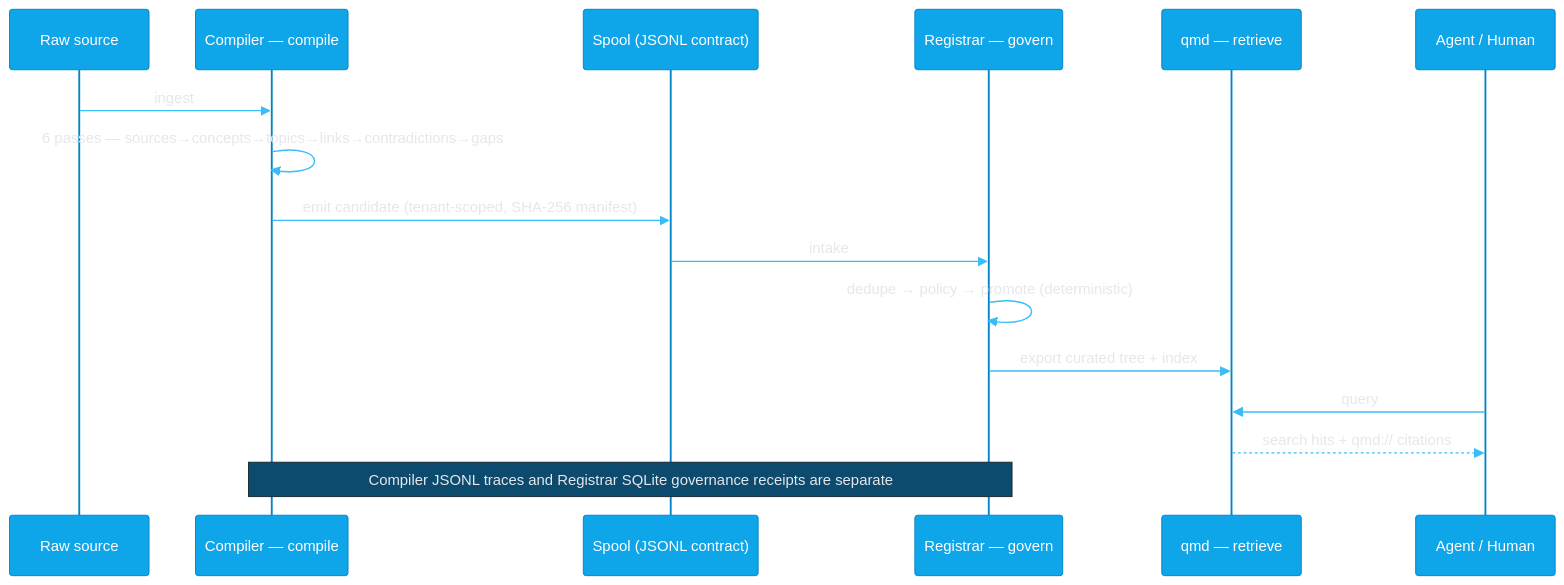
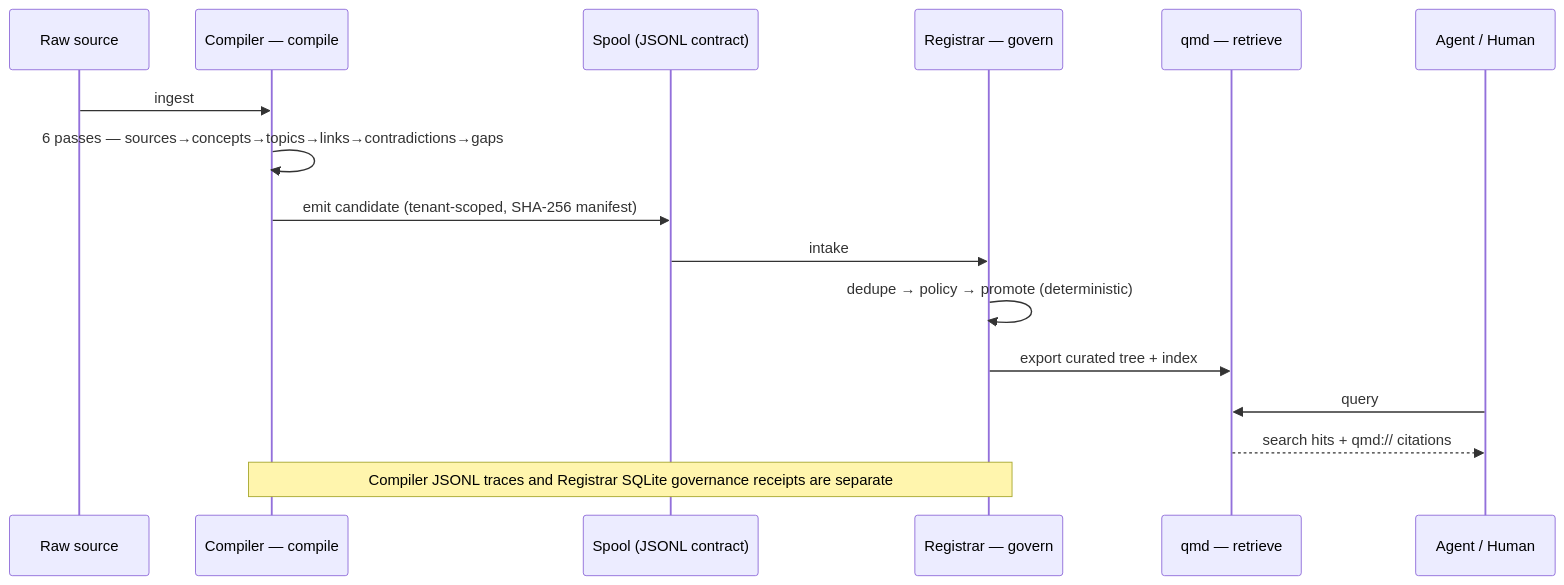
The second of 3 diagrams in README.md (intent-solutions-io/bobs-big-brain-umbrella), drawn with Mermaid before and after one commit.

Commit message:
docs(diagram): use native sequence colors for readable labels
GitHub light-mode rendering exposed pale sequence labels on white.
Remove the fixed sequence palette so the renderer chooses its native theme.
Nine local docs/model gates pass again, including six Mermaid renders.
Refs: compile-then-govern-eqw.6.1

````diff
--- a/README.md
+++ b/README.md
@@ -109,24 +109,19 @@
 ```mermaid
-%%{init: {'theme':'base','themeVariables':{
-  'primaryColor':'#0ea5e9','primaryBorderColor':'#0284c7','primaryTextColor':'#ffffff',
-  'lineColor':'#38bdf8','signalColor':'#38bdf8','signalTextColor':'#e5e7eb',
-  'actorBkg':'#0ea5e9','actorBorder':'#0284c7','actorTextColor':'#ffffff',
-  'noteBkgColor':'#0c4a6e','noteTextColor':'#e5e7eb'}}}%%
 sequenceDiagram
     participant S as Raw source
     participant ICO as Compiler — compile
     participant SP as Spool (JSONL contract)
     participant KB as Registrar — govern
     participant Q as qmd — retrieve
     participant A as Agent / Human
 
     S->>ICO: ingest
     ICO->>ICO: 6 passes — sources→concepts→topics→links→contradictions→gaps
     ICO->>SP: emit candidate (tenant-scoped, SHA-256 manifest)
     SP->>KB: intake
     KB->>KB: dedupe → policy → promote (deterministic)
     KB->>Q: export curated tree + index
     A->>Q: query
     Q-->>A: search hits + qmd:// citations
     Note over ICO,KB: Compiler JSONL traces and Registrar SQLite governance receipts are separate
 ```
````
